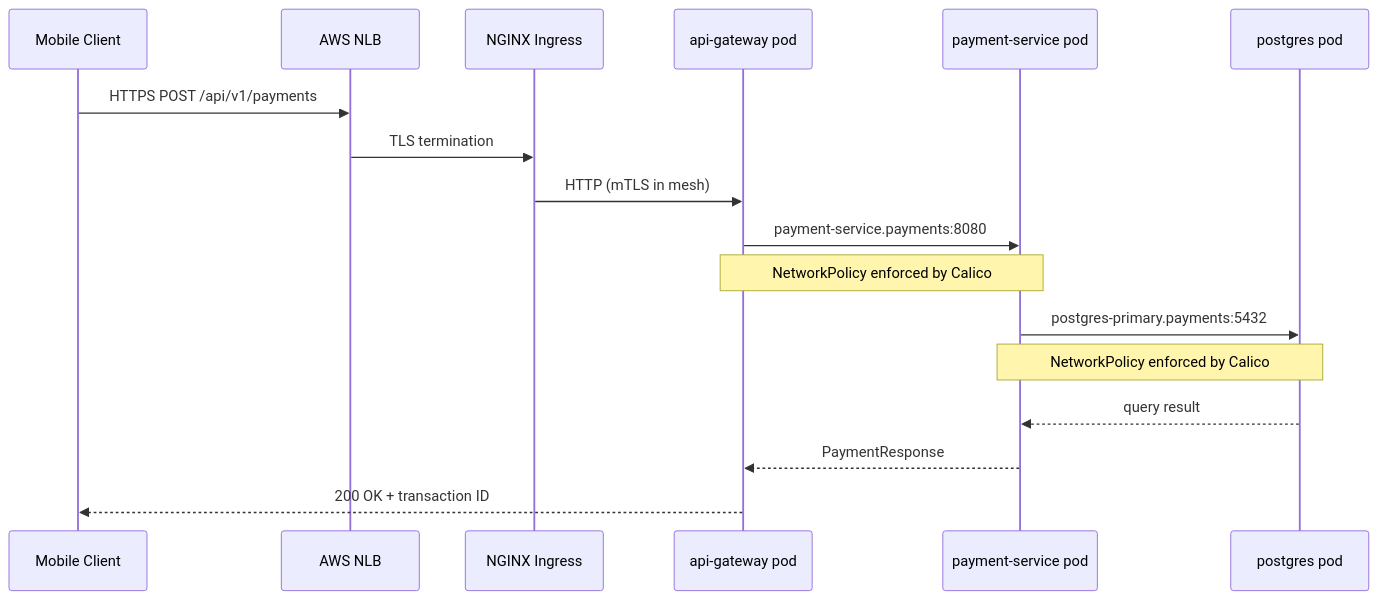
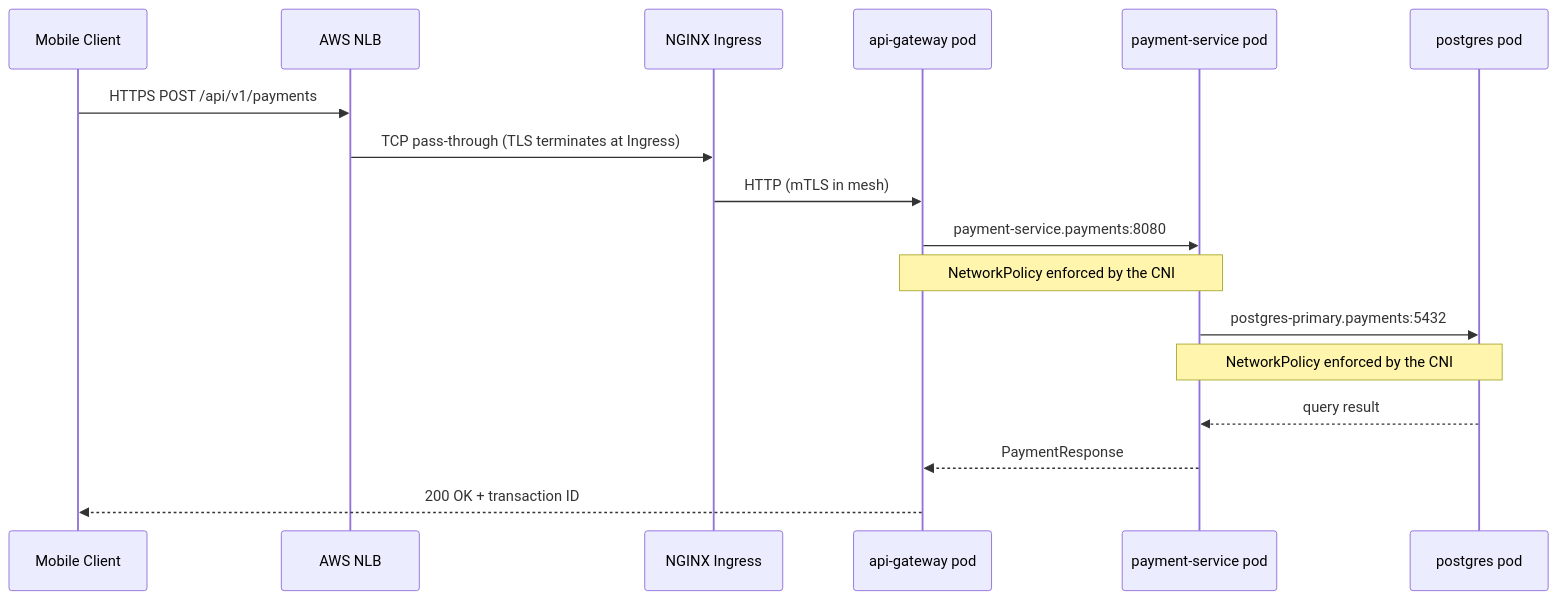
One commit to mostafasroor1983/fintech-engineering-mastery changed the fourth of 4 diagrams in docs/content/tracks/track-10-cloud-platform/lesson-03-k8s-networking/index.md. Above: the diagram before and after it, drawn with Mermaid. The commit also changed other lines of this file and 169 other files, not shown here.

````diff
--- a/docs/content/tracks/track-10-cloud-platform/lesson-03-k8s-networking/index.md
+++ b/docs/content/tracks/track-10-cloud-platform/lesson-03-k8s-networking/index.md
@@ -485,20 +489,20 @@
 ```mermaid
 sequenceDiagram
     participant Client as Mobile Client
     participant NLB as AWS NLB
     participant Ingress as NGINX Ingress
     participant GW as api-gateway pod
     participant PS as payment-service pod
     participant DB as postgres pod
 
     Client->>NLB: HTTPS POST /api/v1/payments
-    NLB->>Ingress: TLS termination
+    NLB->>Ingress: TCP pass-through (TLS terminates at Ingress)
     Ingress->>GW: HTTP (mTLS in mesh)
     GW->>PS: payment-service.payments:8080
-    Note over GW,PS: NetworkPolicy enforced by Calico
+    Note over GW,PS: NetworkPolicy enforced by the CNI
     PS->>DB: postgres-primary.payments:5432
-    Note over PS,DB: NetworkPolicy enforced by Calico
+    Note over PS,DB: NetworkPolicy enforced by the CNI
     DB-->>PS: query result
     PS-->>GW: PaymentResponse
     GW-->>Client: 200 OK + transaction ID
 ```
````
